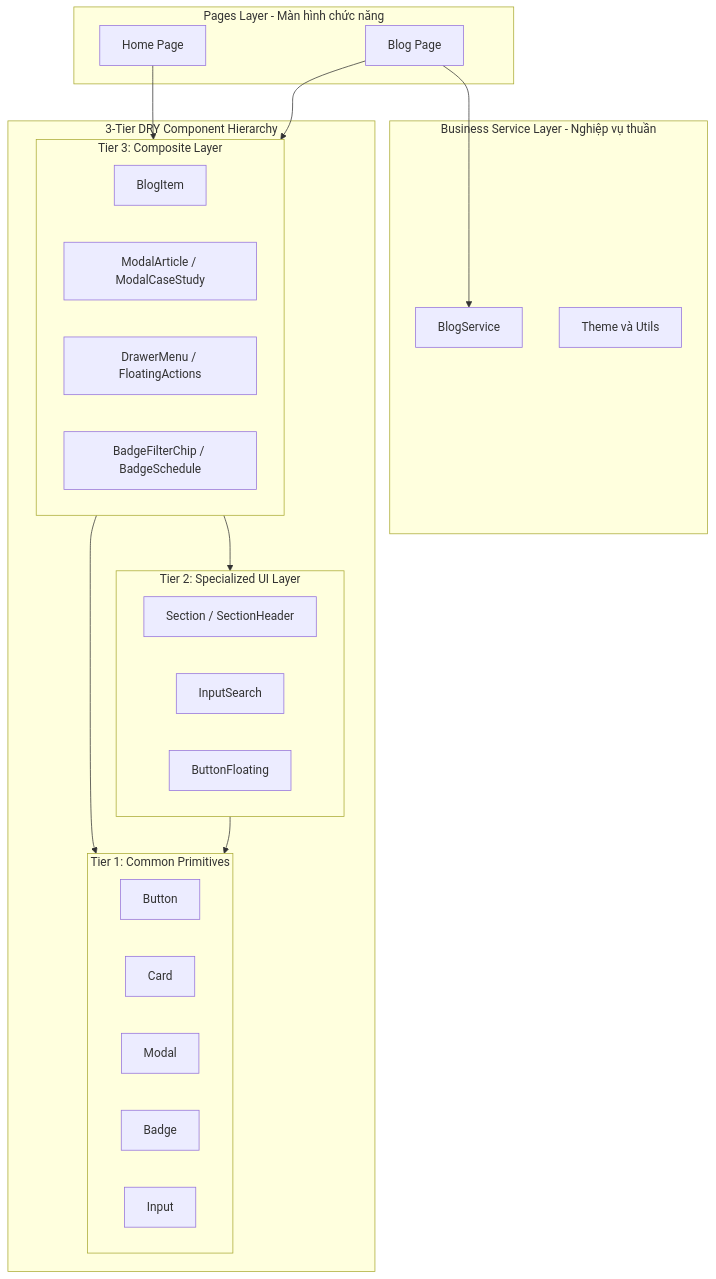
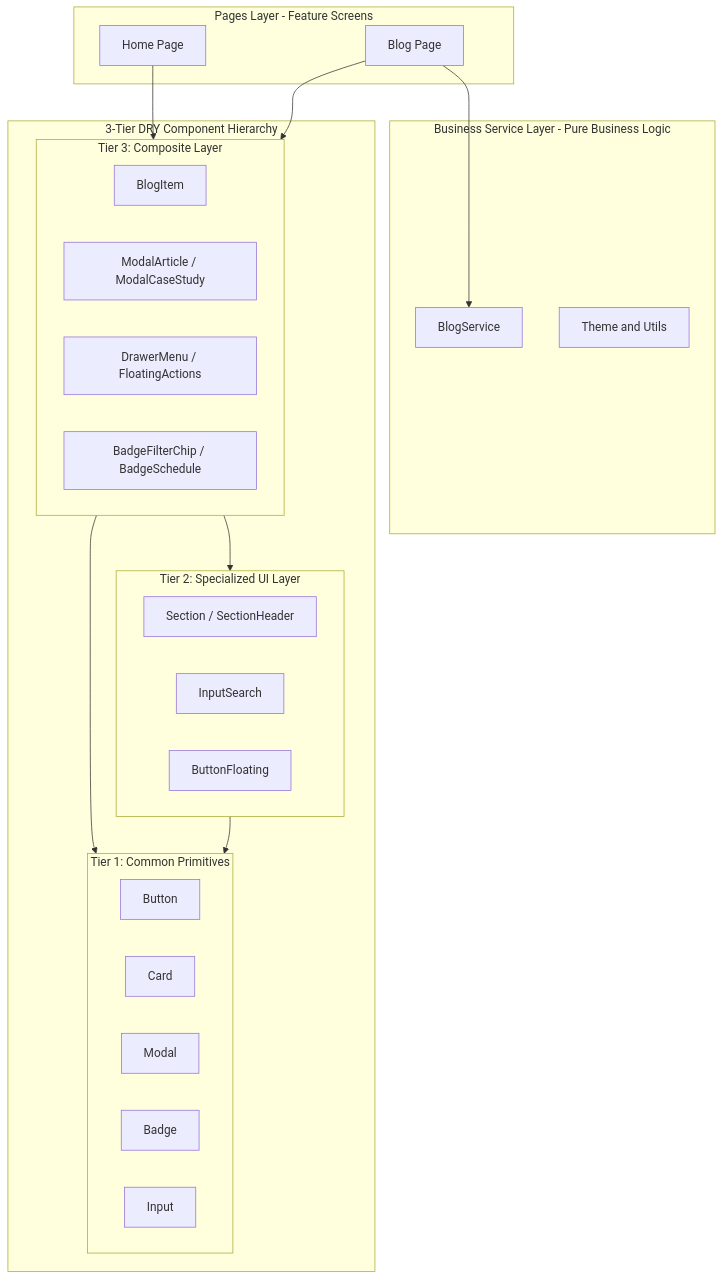
The diagram in src/data/blog/en/24-2026-09-07-3-tier-dry-frontend-architecture-business-service-layer.md (ga2631/ga2631.github.io), drawn with Mermaid before and after one commit. The commit also changed other lines of this file and 74 other files, not shown here.

````diff
--- a/src/data/blog/en/24-2026-09-07-3-tier-dry-frontend-architecture-business-service-layer.md
+++ b/src/data/blog/en/24-2026-09-07-3-tier-dry-frontend-architecture-business-service-layer.md
@@ -38,42 +38,42 @@
 ```mermaid
 graph TD
-    subgraph PagesLayer [Pages Layer - Màn hình chức năng]
+    subgraph PagesLayer [Pages Layer - Feature Screens]
         Home[Home Page]
         Blog[Blog Page]
     end
 
-    subgraph ServiceLayer [Business Service Layer - Nghiệp vụ thuần]
+    subgraph ServiceLayer [Business Service Layer - Pure Business Logic]
         BlogService[BlogService]
-        ThemeUtils[Theme và Utils]
+        ThemeUtils[Theme and Utils]
     end
 
     subgraph UILayers [3-Tier DRY Component Hierarchy]
         subgraph CompositeTier [Tier 3: Composite Layer]
             BlogItem[BlogItem]
             ModalArticle[ModalArticle / ModalCaseStudy]
             DrawerMenu[DrawerMenu / FloatingActions]
             BadgesComp[BadgeFilterChip / BadgeSchedule]
         end
 
         subgraph UITier [Tier 2: Specialized UI Layer]
             Section[Section / SectionHeader]
             InputSearch[InputSearch]
             ButtonFloating[ButtonFloating]
         end
 
         subgraph CommonTier [Tier 1: Common Primitives]
             Button[Button]
             Card
             Modal[Modal]
             Badge[Badge]
             Input[Input]
         end
     end
 
     Home --> CompositeTier
     Blog --> CompositeTier
     Blog --> BlogService
     CompositeTier --> UITier
     CompositeTier --> CommonTier
     UITier --> CommonTier
 ```
````
